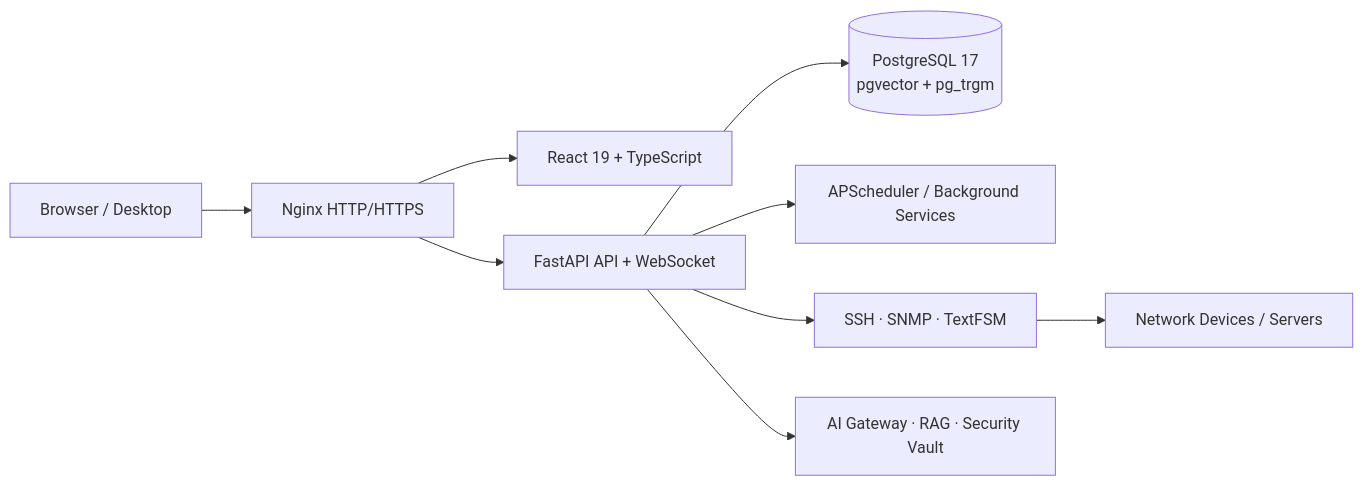
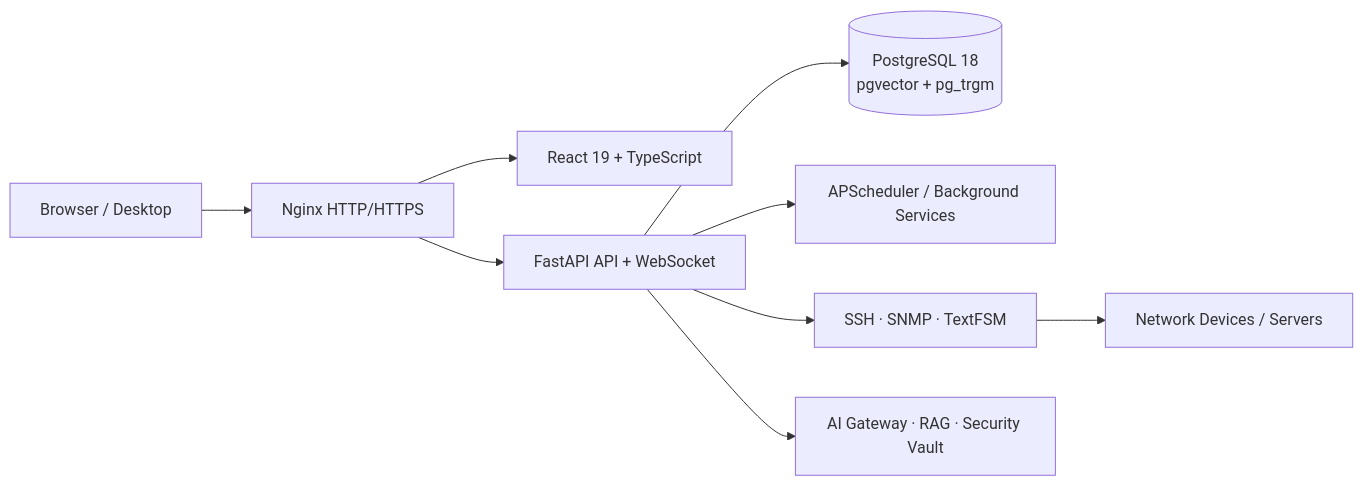
Before and after one commit to libing28390-sketch/Release-netops: the diagram in README.md, drawn with Mermaid. The commit also changed other lines of this file and 54 other files, not shown here.

````diff
--- a/README.md
+++ b/README.md
@@ -58,11 +58,11 @@
 ```mermaid
 flowchart LR
     User[Browser / Desktop] --> Nginx[Nginx HTTP/HTTPS]
     Nginx --> Web[React 19 + TypeScript]
     Nginx --> API[FastAPI API + WebSocket]
-    API --> DB[(PostgreSQL 17<br/>pgvector + pg_trgm)]
+    API --> DB[(PostgreSQL 18<br/>pgvector + pg_trgm)]
     API --> Scheduler[APScheduler / Background Services]
     API --> Drivers[SSH · SNMP · TextFSM]
     API --> AI[AI Gateway · RAG · Security Vault]
     Drivers --> Devices[Network Devices / Servers]
 ```
````
